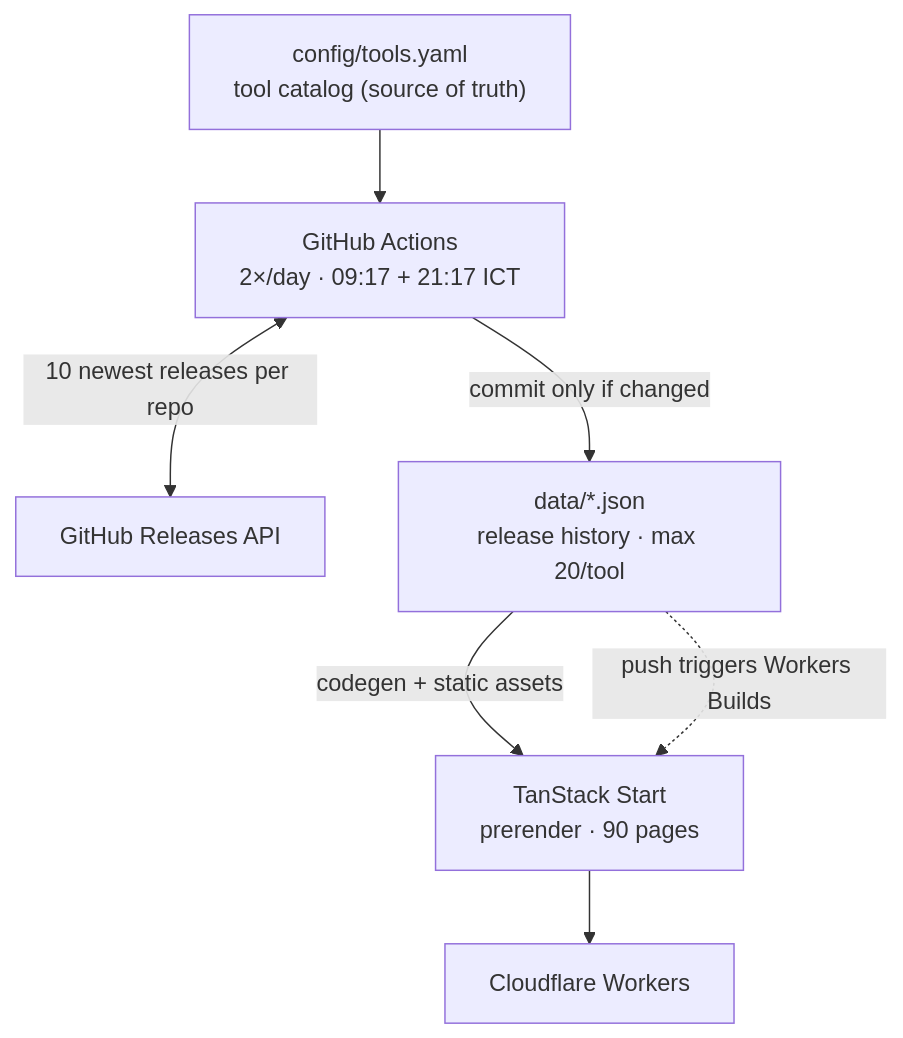
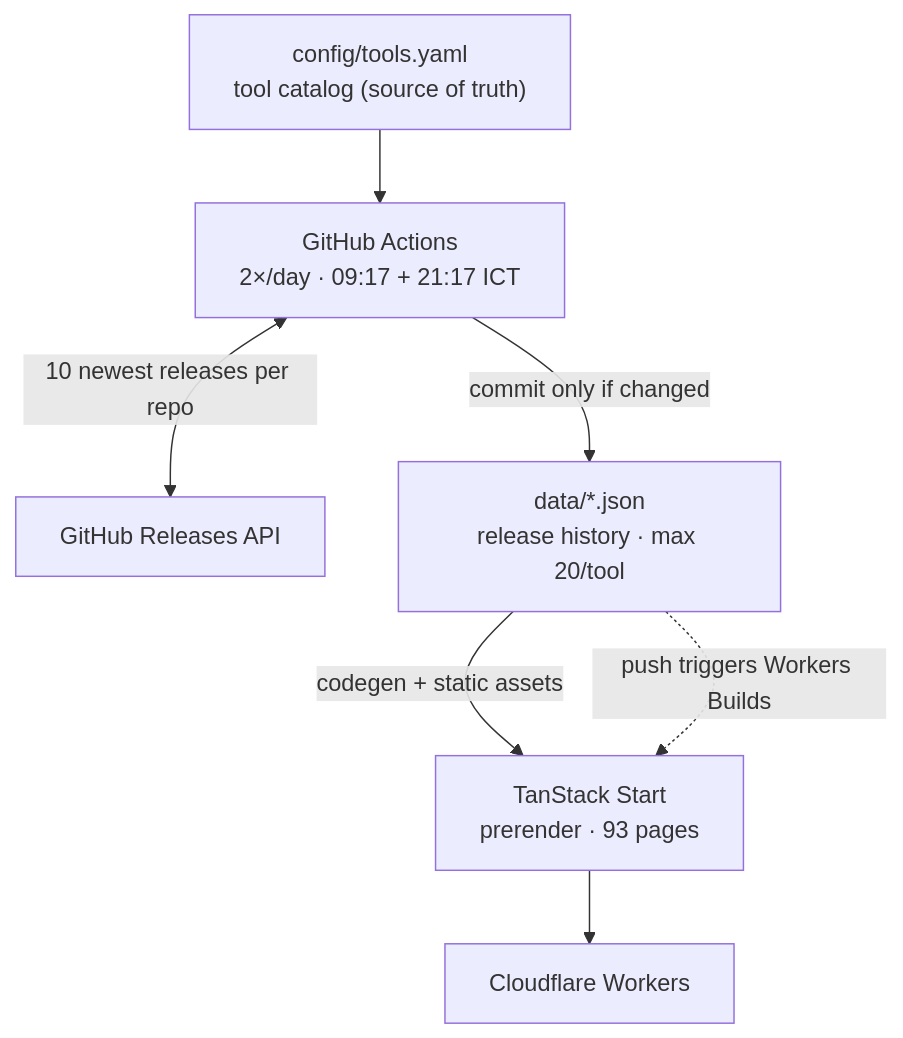
One commit to duynhlab/release-radar changed the diagram in README.md. Above: the diagram before and after it, drawn with Mermaid. The commit also changed other lines of this file and 10 other files, not shown here.

````diff
--- a/README.md
+++ b/README.md
@@ -6,16 +6,16 @@
 ```mermaid
 flowchart TD
     catalog["config/tools.yaml<br/>tool catalog (source of truth)"]
     sync["GitHub Actions<br/>2×/day · 09:17 + 21:17 ICT"]
     api["GitHub Releases API"]
     data["data/*.json<br/>release history · max 20/tool"]
-    build["TanStack Start<br/>prerender · 90 pages"]
+    build["TanStack Start<br/>prerender · 93 pages"]
     cf["Cloudflare Workers"]
 
     catalog --> sync
     sync <-->|"10 newest releases per repo"| api
     sync -->|"commit only if changed"| data
     data -->|"codegen + static assets"| build
     build --> cf
     data -.->|"push triggers Workers Builds"| build
 ```
````
